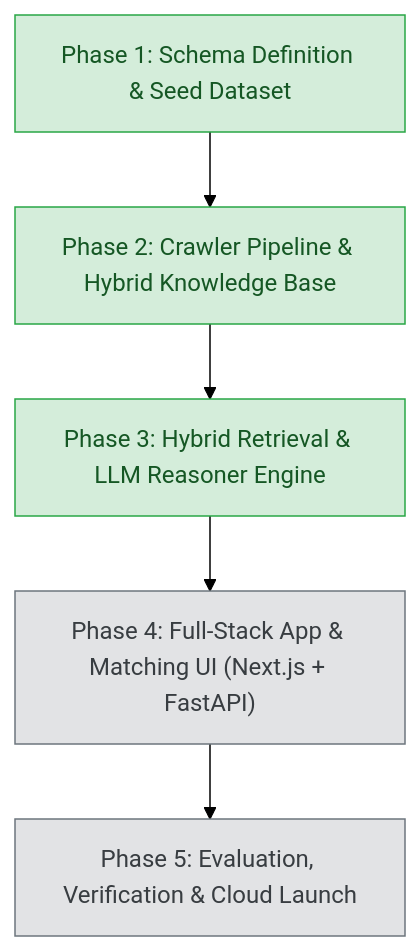
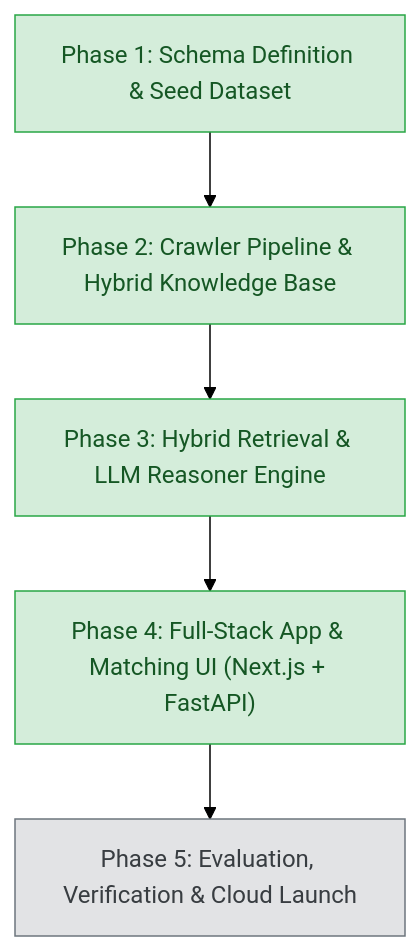
Before and after one commit to evilshaman/government-schemes-rag: the diagram in README.md, drawn with Mermaid (forest theme). The commit also changed other lines of this file and 25 other files, not shown here.

````diff
--- a/README.md
+++ b/README.md
@@ -9,12 +9,12 @@
 ```mermaid
 flowchart TD
     M1["Phase 1: Schema Definition & Seed Dataset"] --> M2["Phase 2: Crawler Pipeline & Hybrid Knowledge Base"]
     M2 --> M3["Phase 3: Hybrid Retrieval & LLM Reasoner Engine"]
     M3 --> M4["Phase 4: Full-Stack App & Matching UI (Next.js + FastAPI)"]
     M4 --> M5["Phase 5: Evaluation, Verification & Cloud Launch"]
 
     classDef done fill:#d4edda,stroke:#28a745,color:#155724;
     classDef pending fill:#e2e3e5,stroke:#6c757d,color:#383d41;
-    class M1,M2,M3 done;
-    class M4,M5 pending;
+    class M1,M2,M3,M4 done;
+    class M5 pending;
 ```
````
